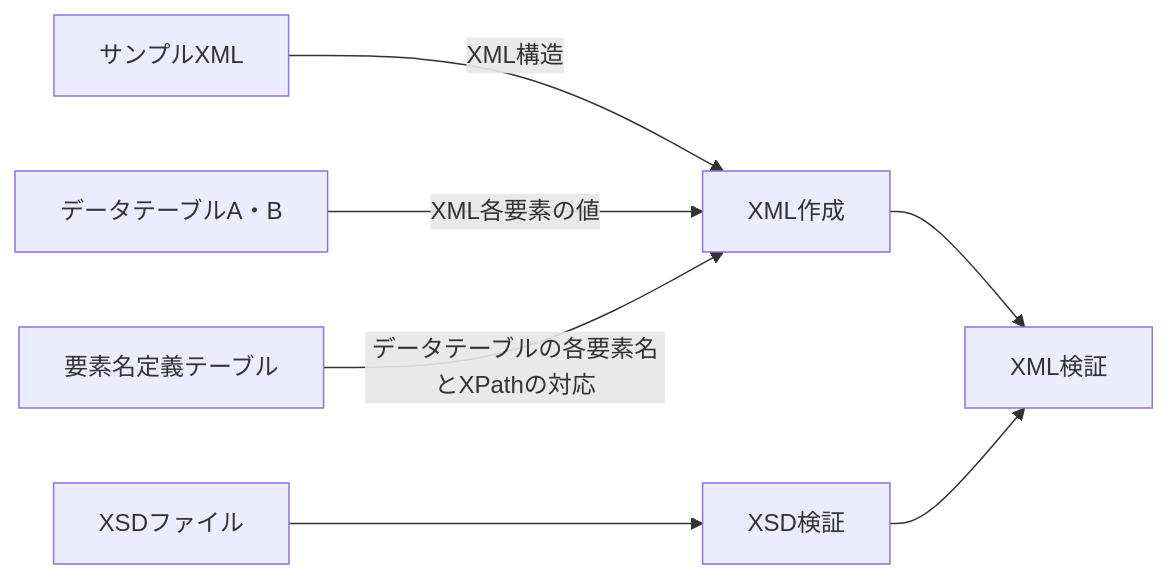
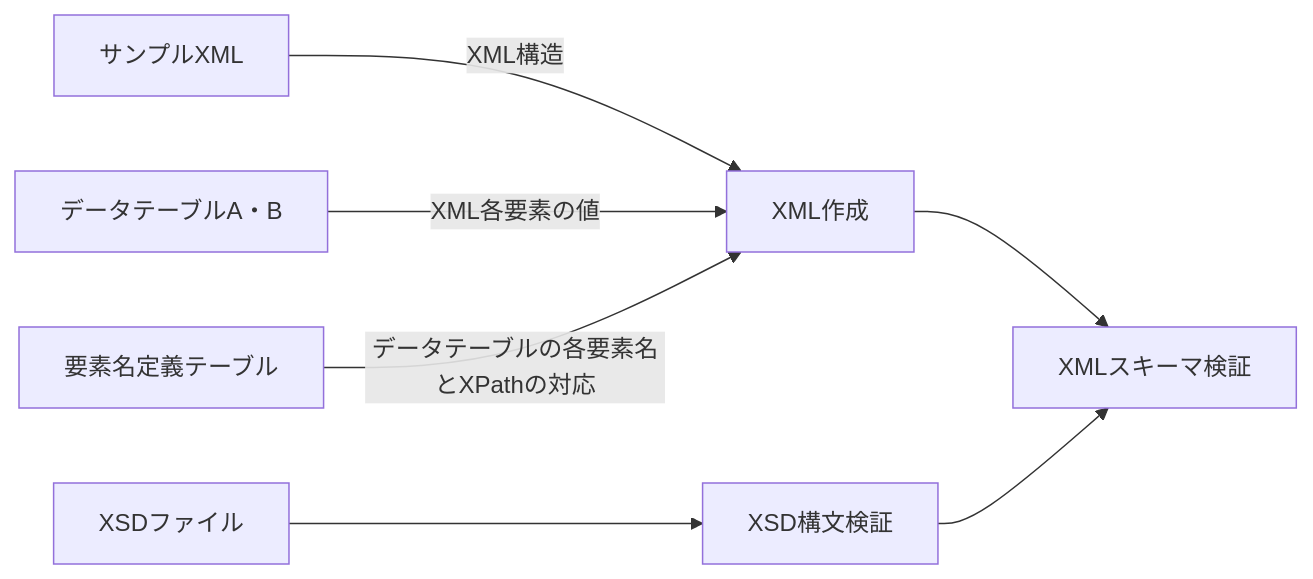
Before and after one commit to AMIDER-dev/ExcelToXml: the diagram in README.md, drawn with Mermaid.

````diff
--- a/README.md
+++ b/README.md
@@ -6,9 +6,9 @@
 ```mermaid
 flowchart LR
 A[サンプルXML] -->|XML構造| D[XML作成]
 B[データテーブルA・B] -->|XML各要素の値| D
 C[要素名定義テーブル] -->|データテーブルの各要素名とXPathの対応|D
-D --> E[XML検証]
-G[XSDファイル] --> H[XSD検証]
+D --> E[XMLスキーマ検証]
+G[XSDファイル] --> H[XSD構文検証]
 H --> E
 ```
````
